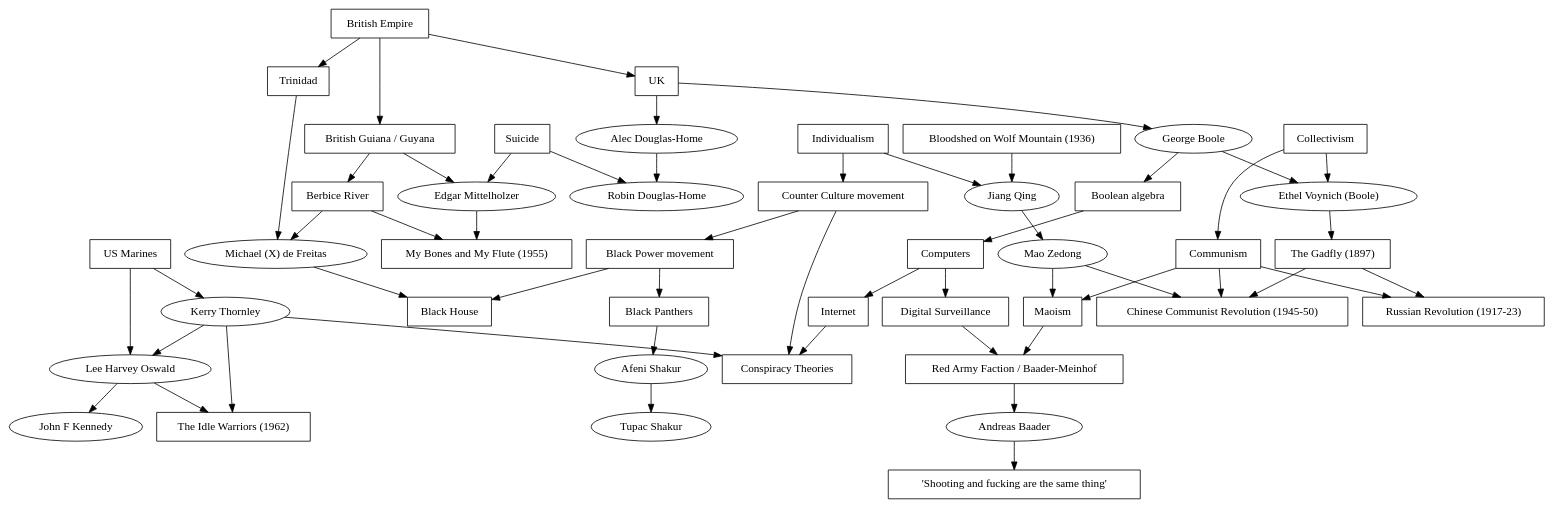
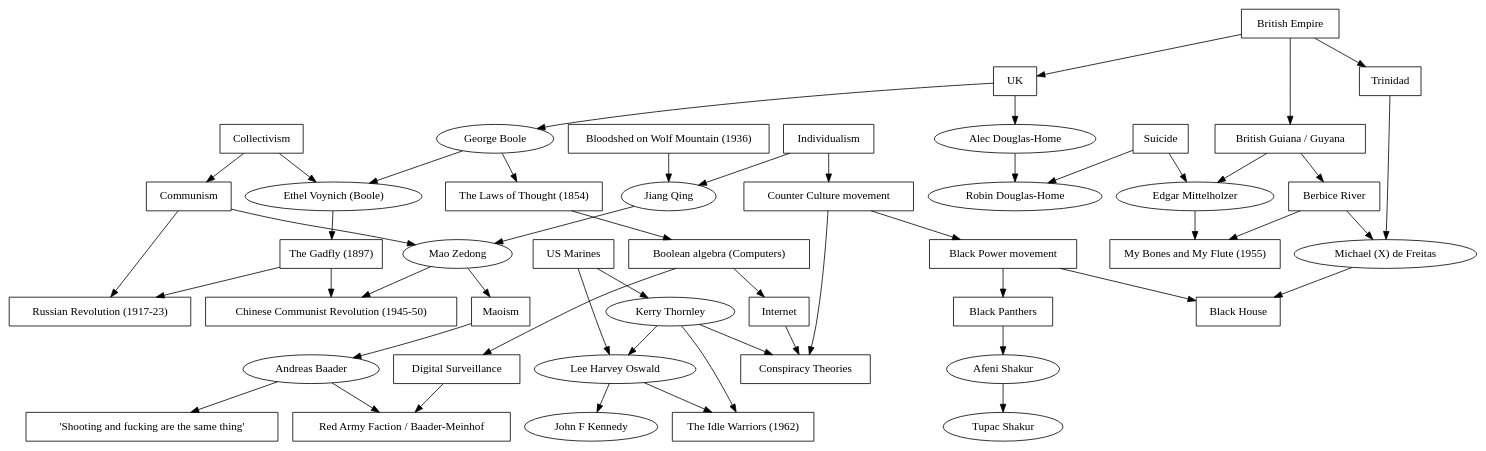
One commit to dwo/cgyoomh changed the diagram in cgyoomh.dot. Above: the diagram before and after it, drawn with Graphviz.

Commit message:
italicize Works and be more consistent with relationships to flatten graph a bit

```diff
--- a/cgyoomh.dot
+++ b/cgyoomh.dot
@@ -1,107 +1,108 @@
 // Can't Get You Out of My Head
 strict digraph cgyoomh {
   // People
   jq [label="Jiang Qing"]
   mz [label="Mao Zedong"]
   mdf [label="Michael (X) de Freitas"]
   bool [label="George Boole"]
   evnb [label="Ethel Voynich (Boole)"]
   as [label="Afeni Shakur"]
   ts [label="Tupac Shakur"]
   kt [label="Kerry Thornley"]
   lho [label="Lee Harvey Oswald"]
   jfk [label="John F Kennedy"]
   rdh [label="Robin Douglas-Home"]
   adh [label="Alec Douglas-Home"]
   em [label="Edgar Mittelholzer"]
   ab [label="Andreas Baader"]
 
   // Things
   node[shape=rectangle]
-  bowm [label="Bloodshed on Wolf Mountain (1936)"]
   SFST [label="'Shooting and fucking are the same thing'"]
   CCR [label="Chinese Communist Revolution (1945-50)"]
   RR [label="Russian Revolution (1917-23)"]
-  MBMF [label="My Bones and My Flute (1955)"]
   Trinidad
   BE [label="British Empire"]
   UK
   BG [label="British Guiana / Guyana"]
   Berbice [label="Berbice River"]
   BP [label="Black Panthers"]
   BPM [label="Black Power movement"]
   CCM [label="Counter Culture movement"]
   BH [label="Black House"]
   Collectivism
   Individualism
   CS [label="Conspiracy Theories"]
   Communism
+  Maoism
   Marines [label="US Marines"]
-  TIW [label="The Idle Warriors (1962)"]
   Suicide
-  Gadfly [label="The Gadfly (1897)"]
-  BA [label="Boolean algebra"]
-  Computers
+  Computers [label="Boolean algebra (Computers)"]
   DS [label="Digital Surveillance"]
   Internet
   RAF [label="Red Army Faction / Baader-Meinhof"]
 
+  // Works
+  node[shape=rectangle fontname=italic]
+  bowm [label="Bloodshed on Wolf Mountain (1936)"]
+  MBMF [label="My Bones and My Flute (1955)"]
+  LoT [label="The Laws of Thought (1854)"]
+  Gadfly [label="The Gadfly (1897)"]
+  TIW [label="The Idle Warriors (1962)"]
+
   // Graph
-  Collectivism -> Communism
-  Communism -> {CCR, RR} // Associated revolutions
 
   Individualism -> CCM
   CCM -> BPM
 
   // Kerry Thornley: links to assassination of JFK and conspiracy theories in general
   kt -> lho
   {CCM, kt} -> CS
   Marines -> {kt, lho}
   kt -> TIW
   lho -> TIW
   lho -> jfk
 
   // Robin Douglas-Home
   adh -> rdh
   UK -> adh
   Suicide -> rdh
 
   /* Bloodshed on Wolf Mountain (Part 1): Jiang Qing acted in a film with Li Lili, later came to a position of power
    * which she abused to get revenge on her fellow cast member. Was used by Mao Zedong to consolidate power in
    * revolution.  */
+  Communism -> mz
   jq -> mz
   mz -> CCR
   bowm -> jq
   Individualism -> jq
 
   // Michael X connections
   Trinidad -> mdf
   BE -> {BG,Trinidad,UK} // British Empire
   mdf -> BH
   BP -> as
   as -> ts
   BPM -> {BH, BP} // Black Power movement
 
   /* George Boole's odd connection to communist revolutions through his daughter's novel, and also inventing maths that
    * led to computers which becomes significant, obvs */
-  UK -> bool
-  bool -> evnb
-  Collectivism -> evnb
-  bool -> BA
-  BA -> Computers -> {DS, Internet}
+  Communism -> RR
+  Collectivism -> {Communism, evnb}
+  UK -> bool -> {LoT, evnb}
+  LoT -> Computers -> {DS, Internet}
   Internet -> CS
   evnb -> Gadfly
   Gadfly -> {CCR,RR}
 
   // Shooting and Fucking are the Same Thing (Part 2): Red Army Faction's link to Mao + Boole
-  {mz, Communism} -> Maoism -> RAF
-  DS -> RAF
-  RAF -> ab
+  mz -> Maoism -> ab
+  {ab, DS} -> RAF
   ab -> SFST
 
   // Michael X tried to escape up Berbice River (featured in Mittelholzer's novel) after murdering Gale Benson
   BG -> {em, Berbice}
   {Berbice, em} -> MBMF
   Suicide -> em
   Berbice -> mdf
 }
```
